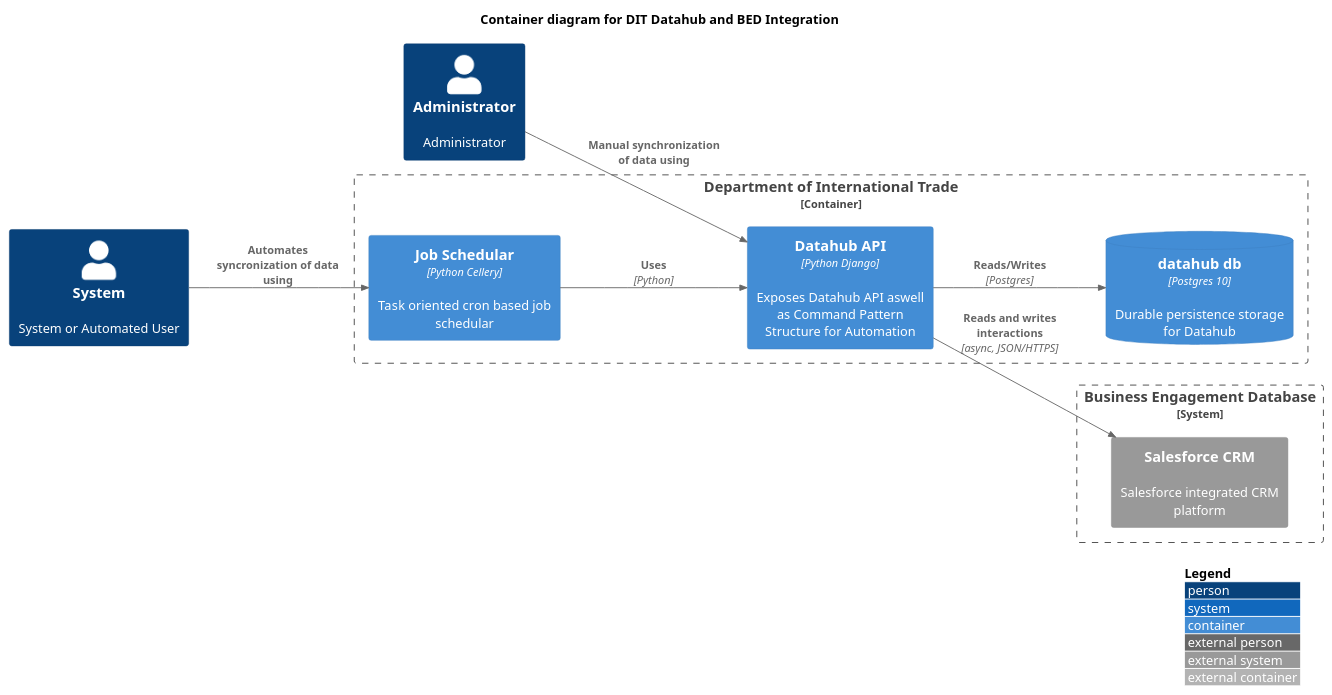
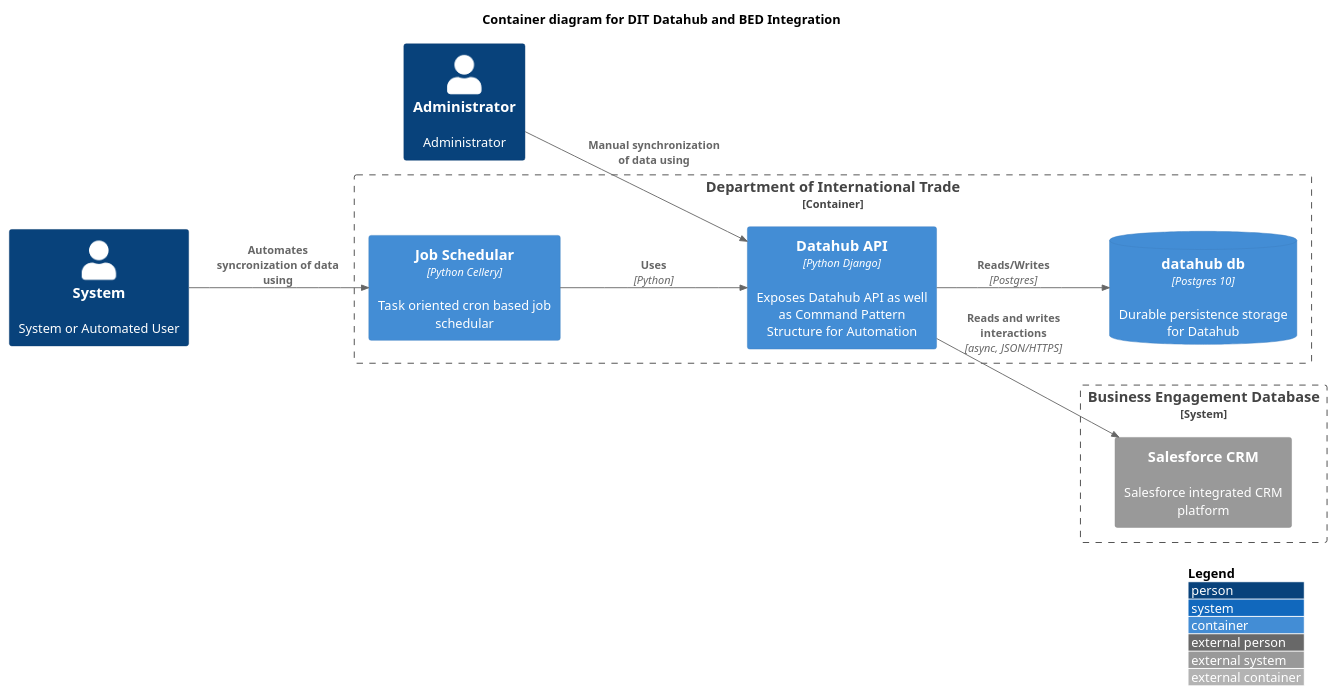
One commit to vfarah-if/DrawItExercises changed the diagram in datahub/datahub-bed-container.puml. Above: the diagram before and after it, drawn with PlantUML. The commit also changed 1 other file, not shown here.

```diff
--- a/datahub/datahub-bed-container.puml
+++ b/datahub/datahub-bed-container.puml
@@ -1,30 +1,30 @@
 @startuml
 !include https://raw.githubusercontent.com/plantuml-stdlib/C4-PlantUML/master/C4_Container.puml
 
 ' LAYOUT_AS_SKETCH()
 LAYOUT_WITH_LEGEND()
 LAYOUT_LEFT_RIGHT()
 ' LAYOUT_TOP_DOWN()
 
 title  Container diagram for DIT Datahub and BED Integration
 
 Person(admin, "Administrator", "Administrator")
 Person(sysuser, "System ", "System or Automated User")
 
 Container_Boundary(dit_system, "Department of International Trade"){
-    Container(datahub_api, "Datahub API", "Python Django", "Exposes Datahub API aswell as Command Pattern Structure for Automation")
+    Container(datahub_api, "Datahub API", "Python Django", "Exposes Datahub API as well as Command Pattern Structure for Automation")
     Container(cellery, "Job Schedular", "Python Cellery", "Task oriented cron based job schedular")
     ContainerDb(datahub_db, "datahub db", "Postgres 10", "Durable persistence storage for Datahub")
 }
 
 System_Boundary(bed_system, "Business Engagement Database"){
     System_Ext(salesforce, "Salesforce CRM", "Salesforce integrated CRM platform")
 }
 
 Rel(admin, datahub_api, "Manual synchronization of data using")
 Rel(sysuser, cellery, "Automates syncronization of data using")
 Rel(cellery, datahub_api, "Uses", "Python")
 Rel(datahub_api, datahub_db, "Reads/Writes", "Postgres")
 Rel(datahub_api, salesforce, "Reads and writes interactions", "async, JSON/HTTPS")
 
 @enduml
```
